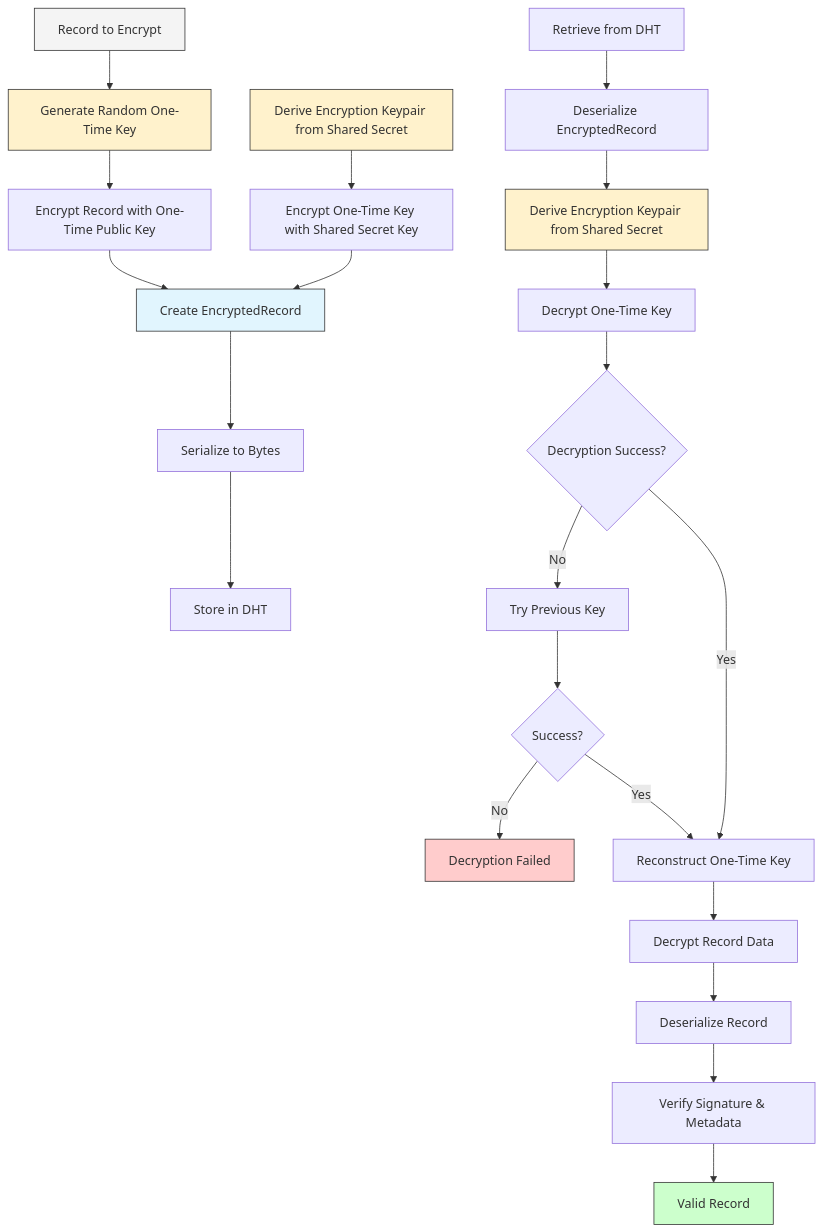
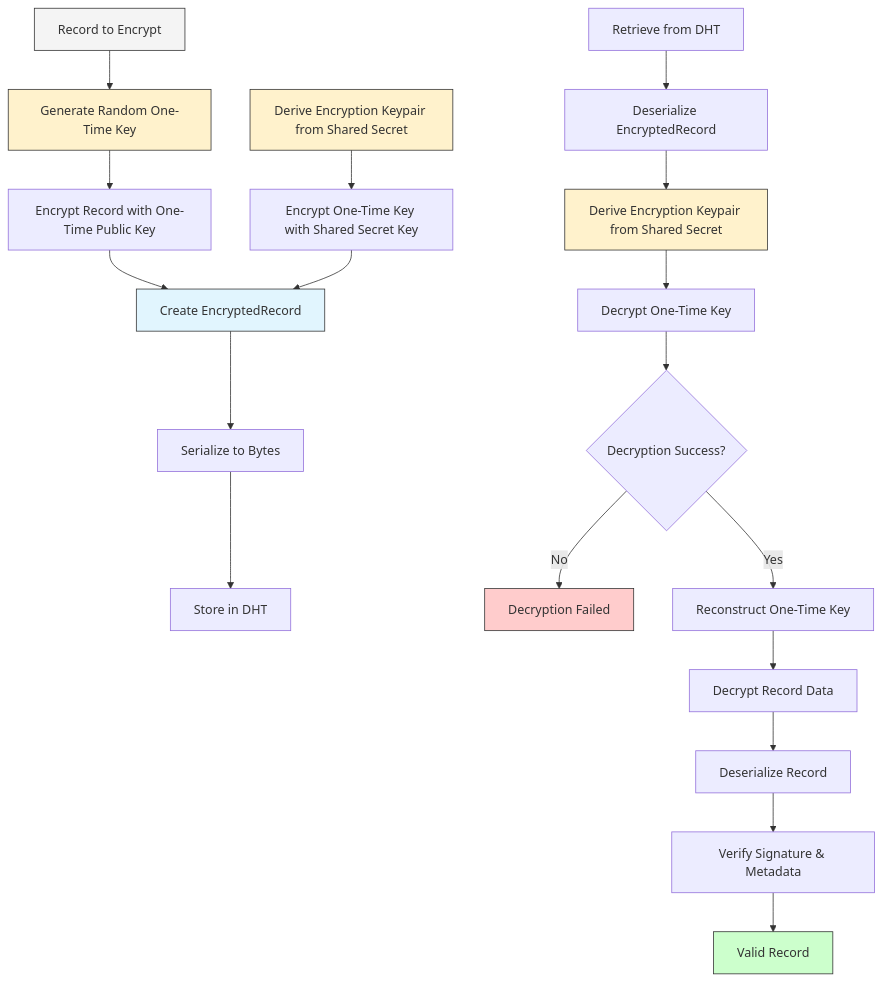
One commit to rustonbsd/distributed-topic-tracker changed the fifth of 5 diagrams in PROTOCOL.md. Above: the diagram before and after it, drawn with Mermaid. The commit also changed other lines of this file and 20 other files, not shown here.

````diff
--- a/PROTOCOL.md
+++ b/PROTOCOL.md
@@ -451,34 +415,31 @@
 ```mermaid
 flowchart TD
     A[Record to Encrypt] --> B[Generate Random One-Time Key]
     B --> C[Encrypt Record with One-Time Public Key]
 
     D[Derive Encryption Keypair from Shared Secret] --> E[Encrypt One-Time Key with Shared Secret Key]
 
     C --> F[Create EncryptedRecord]
     E --> F
     F --> G[Serialize to Bytes]
     G --> H[Store in DHT]
 
     I[Retrieve from DHT] --> J[Deserialize EncryptedRecord]
     J --> K[Derive Encryption Keypair from Shared Secret]
     K --> L[Decrypt One-Time Key]
     L --> M{Decryption Success?}
-    M -- No --> N[Try Previous Key]
-    N --> O{Success?}
-    O -- No --> P[Decryption Failed]
-    O -- Yes --> Q[Reconstruct One-Time Key]
-    M -- Yes --> Q
+    M -- No --> P[Decryption Failed]
+    M -- Yes --> Q[Reconstruct One-Time Key]
     Q --> R[Decrypt Record Data]
     R --> S[Deserialize Record]
     S --> T[Verify Signature & Metadata]
     T --> U[Valid Record]
 
     style A fill:#f4f4f4,stroke:#333,stroke-width:1px
     style B fill:#fff2cc,stroke:#333,stroke-width:1px
     style D fill:#fff2cc,stroke:#333,stroke-width:1px
     style F fill:#e1f5fe,stroke:#333,stroke-width:1px
     style K fill:#fff2cc,stroke:#333,stroke-width:1px
     style U fill:#ccffcc,stroke:#333,stroke-width:1px
     style P fill:#ffcccc,stroke:#333,stroke-width:1px
 ```
````
